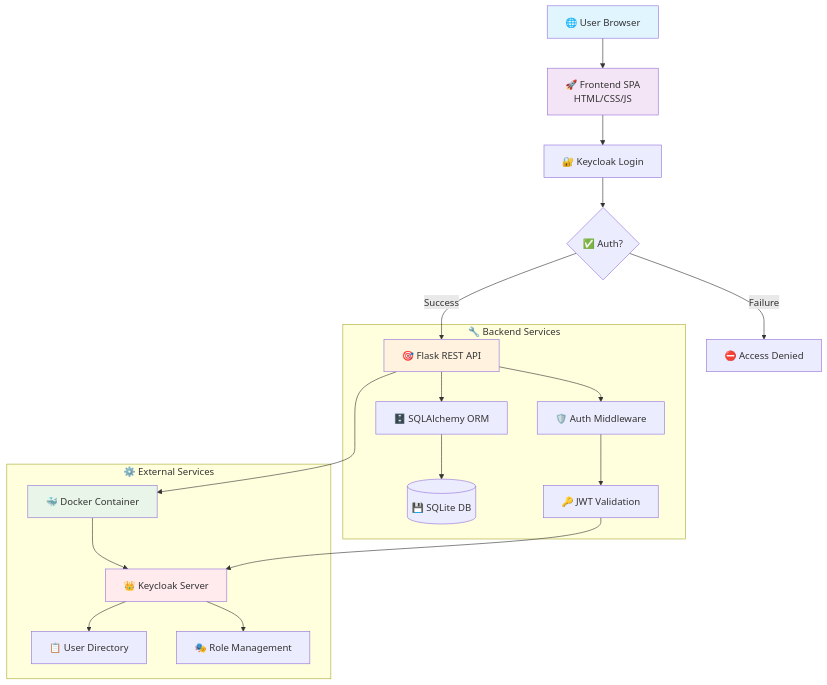
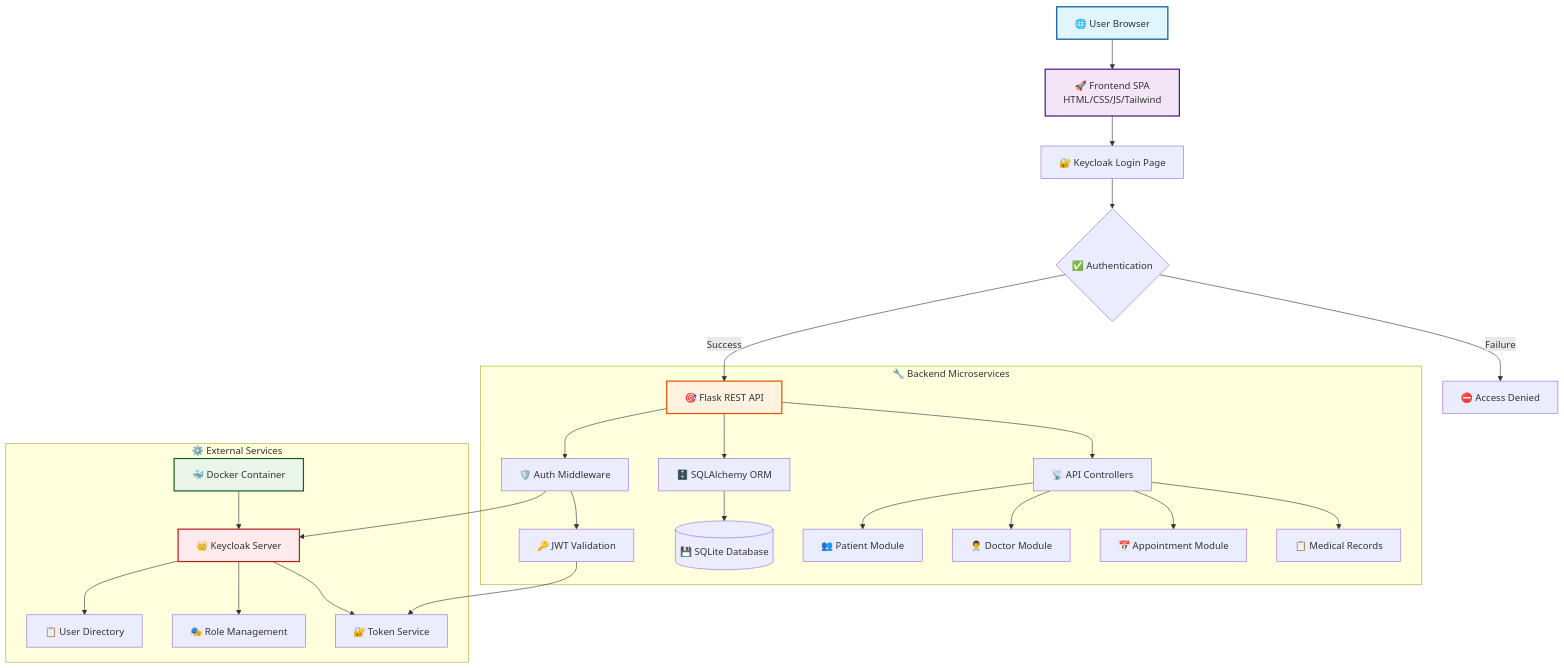
Before and after one commit to ZiadMahmoud2003/hospital-management-rbac: the first of 11 diagrams in README.md, drawn with Mermaid. The commit also changed other lines of this file, not shown here.

````diff
--- a/README.md
+++ b/README.md
@@ -46,30 +105,36 @@
 ```mermaid
-graph TD
-    A[🌐 User Browser] --> B[🚀 Frontend SPA<br/>HTML/CSS/JS];
-    B --> C[🔐 Keycloak Login];
-    C --> D{✅ Auth?};
+flowchart TD
+    A[🌐 User Browser] --> B[🚀 Frontend SPA<br/>HTML/CSS/JS/Tailwind];
+    B --> C[🔐 Keycloak Login Page];
+    C --> D{✅ Authentication};
     D -->|Success| E[🎯 Flask REST API];
     D -->|Failure| F[⛔ Access Denied];
     
-    subgraph "🔧 Backend Services"
-        E --> G[🗄️ SQLAlchemy ORM];
-        G --> H[(💾 SQLite DB)];
-        E --> I[🛡️ Auth Middleware];
-        I --> J[🔑 JWT Validation];
+    subgraph "🔧 Backend Microservices"
+        E --> G[🛡️ Auth Middleware];
+        G --> H[🔑 JWT Validation];
+        E --> I[🗄️ SQLAlchemy ORM];
+        I --> J[(💾 SQLite Database)];
+        E --> K[📡 API Controllers];
+        K --> L[👥 Patient Module];
+        K --> M[👨‍⚕️ Doctor Module];
+        K --> N[📅 Appointment Module];
+        K --> O[📋 Medical Records];
     end
     
     subgraph "⚙️ External Services"
-        K[🐳 Docker Container] --> L[👑 Keycloak Server];
-        L --> M[📋 User Directory];
-        L --> N[🎭 Role Management];
+        P[🐳 Docker Container] --> Q[👑 Keycloak Server];
+        Q --> R[📋 User Directory];
+        Q --> S[🎭 Role Management];
+        Q --> T[🔐 Token Service];
     end
     
-    E --> K;
-    J --> L;
+    G --> Q;
+    H --> T;
     
-    style A fill:#e1f5fe
-    style B fill:#f3e5f5
-    style E fill:#fff3e0
-    style K fill:#e8f5e8
-    style L fill:#ffebee
+    style A fill:#e1f5fe,stroke:#01579b,stroke-width:2px
+    style B fill:#f3e5f5,stroke:#4a148c,stroke-width:2px
+    style E fill:#fff3e0,stroke:#e65100,stroke-width:2px
+    style P fill:#e8f5e8,stroke:#1b5e20,stroke-width:2px
+    style Q fill:#ffebee,stroke:#b71c1c,stroke-width:2px
 ```
````
